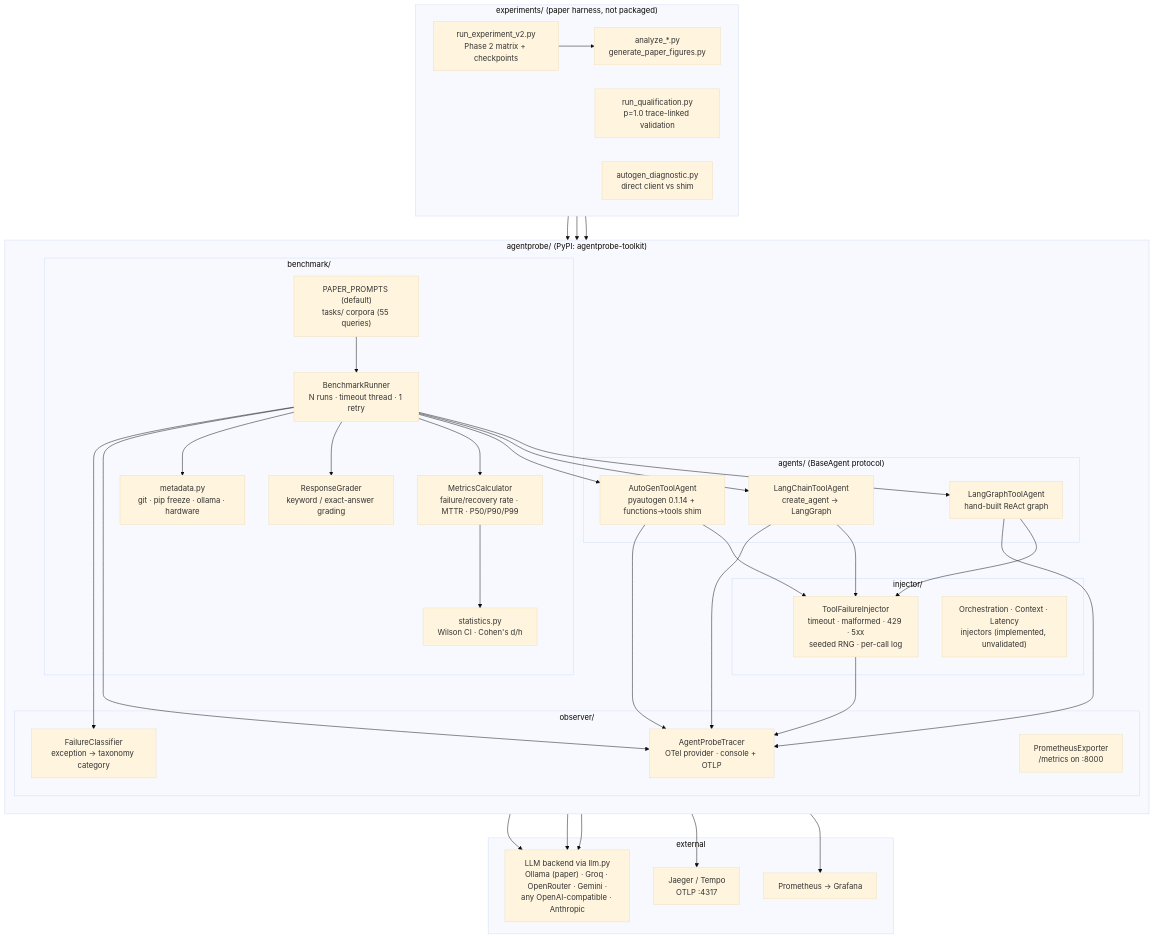
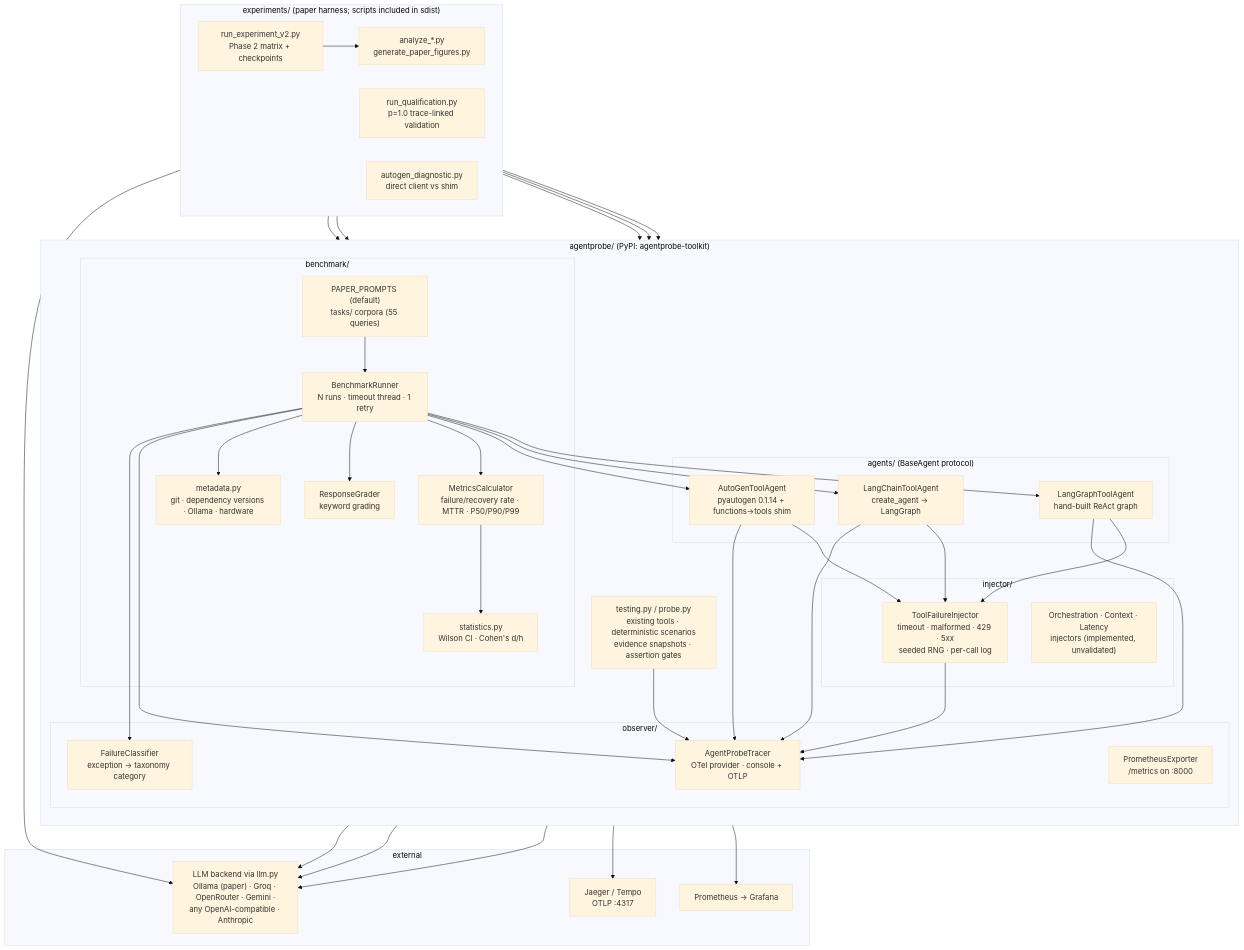
One commit to chhayankjain/AgentProbe changed the first of 6 diagrams in ARCHITECTURE.md. Above: the diagram before and after it, drawn with Mermaid (base theme). The commit also changed other lines of this file and 15 other files, not shown here.

````diff
--- a/ARCHITECTURE.md
+++ b/ARCHITECTURE.md
@@ -9,55 +11,58 @@
 ```mermaid
 flowchart TB
-    subgraph EXP["experiments/  (paper harness, not packaged)"]
+    subgraph EXP["experiments/  (paper harness; scripts included in sdist)"]
         direction LR
         RUNv2["run_experiment_v2.py<br/>Phase 2 matrix + checkpoints"]
         QUAL["run_qualification.py<br/>p=1.0 trace-linked validation"]
         DIAG["autogen_diagnostic.py<br/>direct client vs shim"]
         AN["analyze_*.py<br/>generate_paper_figures.py"]
     end
 
     subgraph PKG["agentprobe/  (PyPI: agentprobe-toolkit)"]
         direction TB
+        PROBE["testing.py / probe.py<br/>existing tools · deterministic scenarios<br/>evidence snapshots · assertion gates"]
         subgraph BENCH["benchmark/"]
             RUNNER["BenchmarkRunner<br/>N runs · timeout thread · 1 retry"]
             METRICS["MetricsCalculator<br/>failure/recovery rate · MTTR · P50/P90/P99"]
-            GRADER["ResponseGrader<br/>keyword / exact-answer grading"]
+            GRADER["ResponseGrader<br/>keyword grading"]
             STATS["statistics.py<br/>Wilson CI · Cohen's d/h"]
             TASKS["PAPER_PROMPTS (default)<br/>tasks/ corpora (55 queries)"]
-            META["metadata.py<br/>git · pip freeze · ollama · hardware"]
+            META["metadata.py<br/>git · dependency versions · Ollama · hardware"]
         end
         subgraph AGENTS["agents/  (BaseAgent protocol)"]
             LG["LangGraphToolAgent<br/>hand-built ReAct graph"]
             LC["LangChainToolAgent<br/>create_agent → LangGraph"]
             AG["AutoGenToolAgent<br/>pyautogen 0.1.14 + functions→tools shim"]
         end
         subgraph INJ["injector/"]
             TOOLINJ["ToolFailureInjector<br/>timeout · malformed · 429 · 5xx<br/>seeded RNG · per-call log"]
             OTHERINJ["Orchestration · Context · Latency<br/>injectors (implemented, unvalidated)"]
         end
         subgraph OBS["observer/"]
             TRACER["AgentProbeTracer<br/>OTel provider · console + OTLP"]
             CLS["FailureClassifier<br/>exception → taxonomy category"]
             PROM["PrometheusExporter<br/>/metrics on :8000"]
         end
     end
 
     subgraph EXT["external"]
         LLM["LLM backend via llm.py<br/>Ollama (paper) · Groq · OpenRouter · Gemini ·<br/>any OpenAI-compatible · Anthropic"]
         OTELB["Jaeger / Tempo<br/>OTLP :4317"]
         PROMS["Prometheus → Grafana"]
     end
 
-    RUNv2 & QUAL & DIAG --> RUNNER
+    RUNv2 --> RUNNER
+    QUAL --> LG & LC & AG
+    DIAG --> AG & LLM
     RUNNER --> LG & LC & AG
     RUNNER --> METRICS & GRADER & META
     METRICS --> STATS
     TASKS --> RUNNER
     LG & LC & AG --> TOOLINJ
     LG & LC & AG --> LLM
-    TOOLINJ & RUNNER & LG & LC & AG --> TRACER
+    PROBE & TOOLINJ & RUNNER & LG & LC & AG --> TRACER
     RUNNER --> CLS
     TRACER --> OTELB
     PROM --> PROMS
     RUNv2 --> AN
 ```
````
